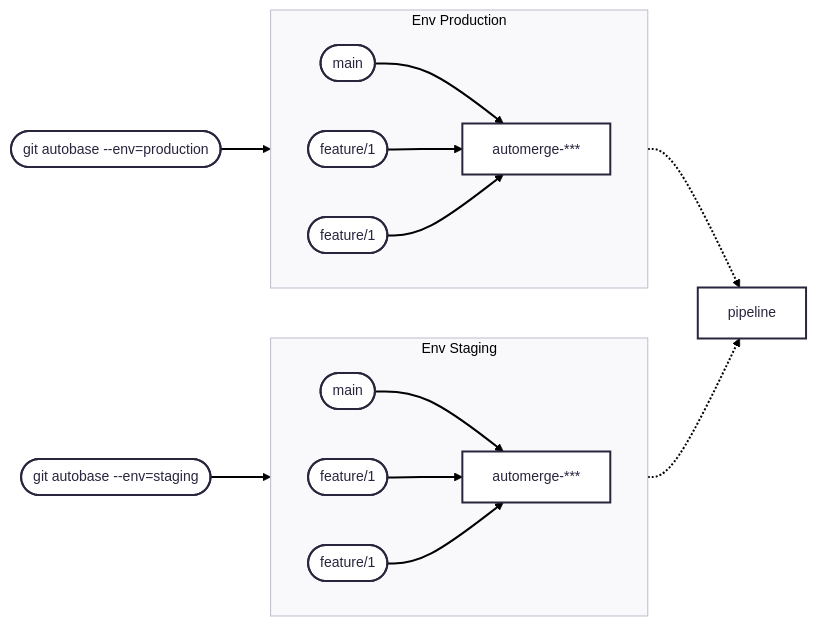
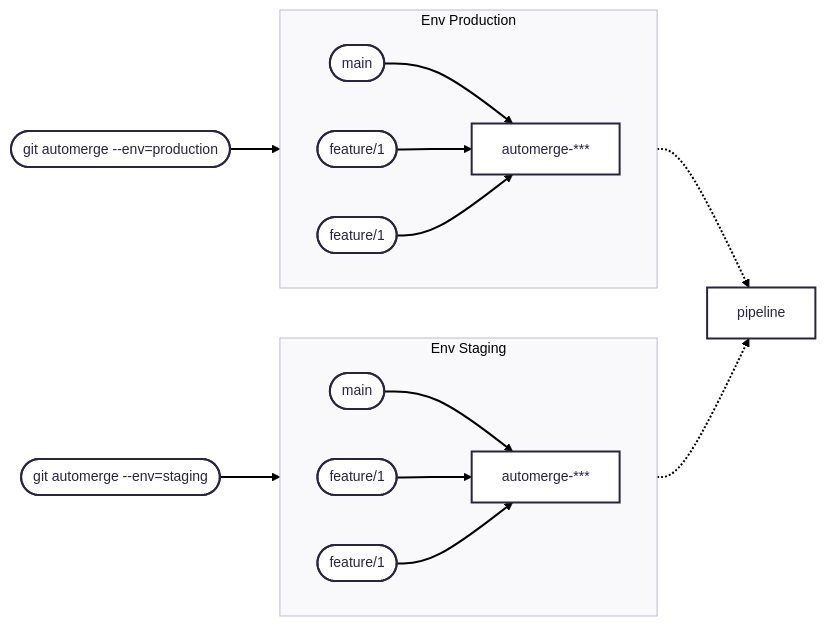
Before and after one commit to git-automerge/automerge: the diagram in README.md, drawn with Mermaid.

````diff
--- a/README.md
+++ b/README.md
@@ -76,27 +76,27 @@
 ```mermaid
 ---
 config:
   theme: redux
   layout: dagre
 ---
 flowchart LR
- cliStage(["git autobase --env=staging"]) --> envStage
- cliProd(["git autobase --env=production"]) --> envProd
+ cliStage(["git automerge --env=staging"]) --> envStage
+ cliProd(["git automerge --env=production"]) --> envProd
 
  subgraph envStage["Env Staging"]
     direction LR
     stageMain(["main"]) --> stagingAutomerge["automerge-***"]
     stageFeature1(["feature/1"]) --> stagingAutomerge
     stageFeature2(["feature/1"]) --> stagingAutomerge
   end
  
  subgraph envProd["Env Production"]
     direction LR
     prodMain(["main"]) --> prodAutomerge["automerge-***"]
     prodFeature1(["feature/1"]) --> prodAutomerge
     prodFeature2(["feature/1"]) --> prodAutomerge
   end
 
 stagingAutomerge -.-> pipeline
 prodAutomerge -.-> pipeline
 ```
````
